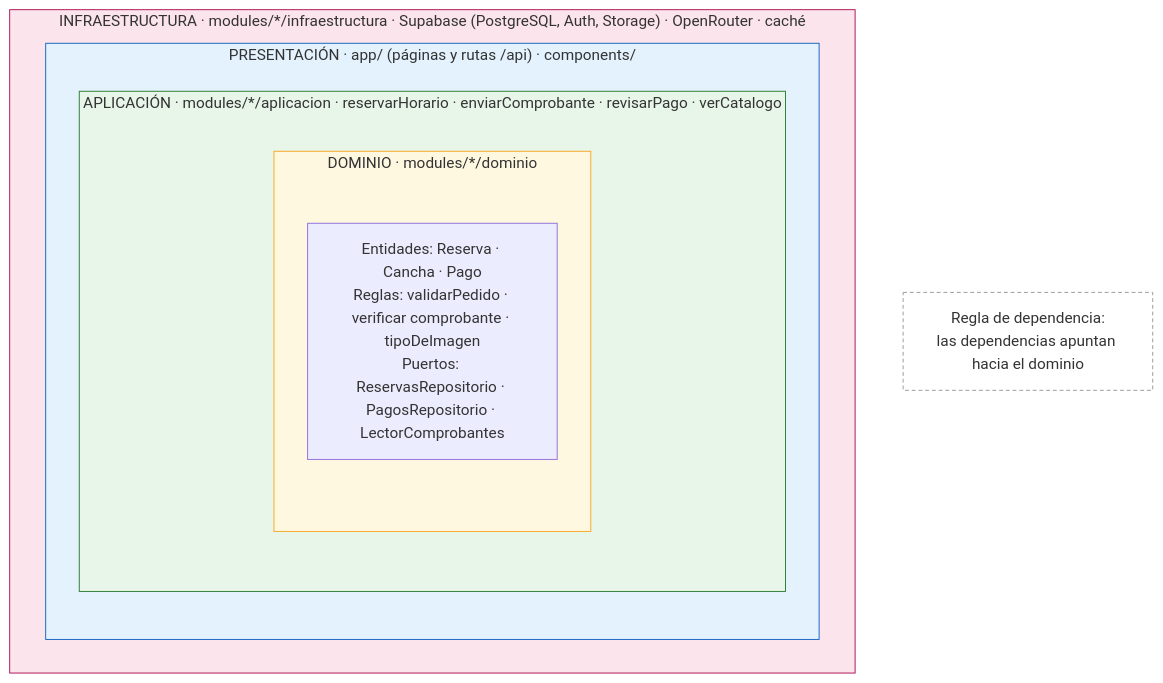
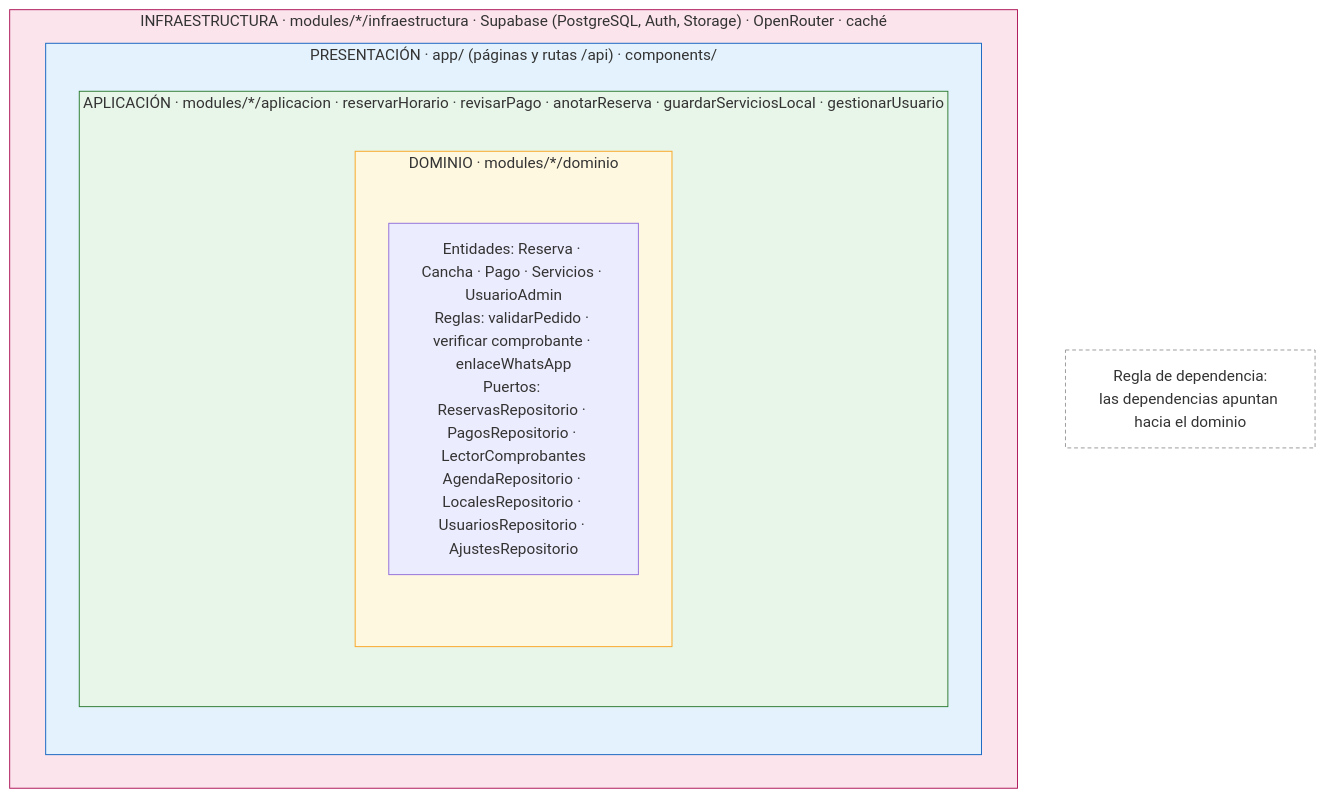
Before and after one commit to edhtsprado27-bit/ReservaYa-Ayacucho: the diagram in img/fuentes-svg/ArquitecturalimpiadeReservaYaWeb.mmd, drawn with Mermaid. The commit also changed 24 other files, not shown here.

Commit message:
docs: actualizar análisis, arquitectura y C4 con WhatsApp, servicios y usuarios

```diff
--- a/img/fuentes-svg/ArquitecturalimpiadeReservaYaWeb.mmd
+++ b/img/fuentes-svg/ArquitecturalimpiadeReservaYaWeb.mmd
@@ -1,17 +1,17 @@
 flowchart TB
     subgraph infra["INFRAESTRUCTURA · modules/*/infraestructura · Supabase (PostgreSQL, Auth, Storage) · OpenRouter · caché"]
         subgraph pres["PRESENTACIÓN · app/ (páginas y rutas /api) · components/"]
-            subgraph app["APLICACIÓN · modules/*/aplicacion · reservarHorario · enviarComprobante · revisarPago · verCatalogo"]
+            subgraph app["APLICACIÓN · modules/*/aplicacion · reservarHorario · revisarPago · anotarReserva · guardarServiciosLocal · gestionarUsuario"]
                 subgraph dom["DOMINIO · modules/*/dominio"]
-                    d["Entidades: Reserva · Cancha · Pago<br/>Reglas: validarPedido · verificar comprobante · tipoDeImagen<br/>Puertos: ReservasRepositorio · PagosRepositorio · LectorComprobantes"]
+                    d["Entidades: Reserva · Cancha · Pago · Servicios · UsuarioAdmin<br/>Reglas: validarPedido · verificar comprobante · enlaceWhatsApp<br/>Puertos: ReservasRepositorio · PagosRepositorio · LectorComprobantes<br/>AgendaRepositorio · LocalesRepositorio · UsuariosRepositorio · AjustesRepositorio"]
                 end
             end
         end
     end
     regla["Regla de dependencia:<br/>las dependencias apuntan hacia el dominio"]
 
     style infra fill:#fce4ec,stroke:#ad1457
     style pres fill:#e3f2fd,stroke:#1565c0
     style app fill:#e8f5e9,stroke:#2e7d32
     style dom fill:#fff8e1,stroke:#f9a825
     style regla fill:#fff,stroke:#999,stroke-dasharray:4 3
```
